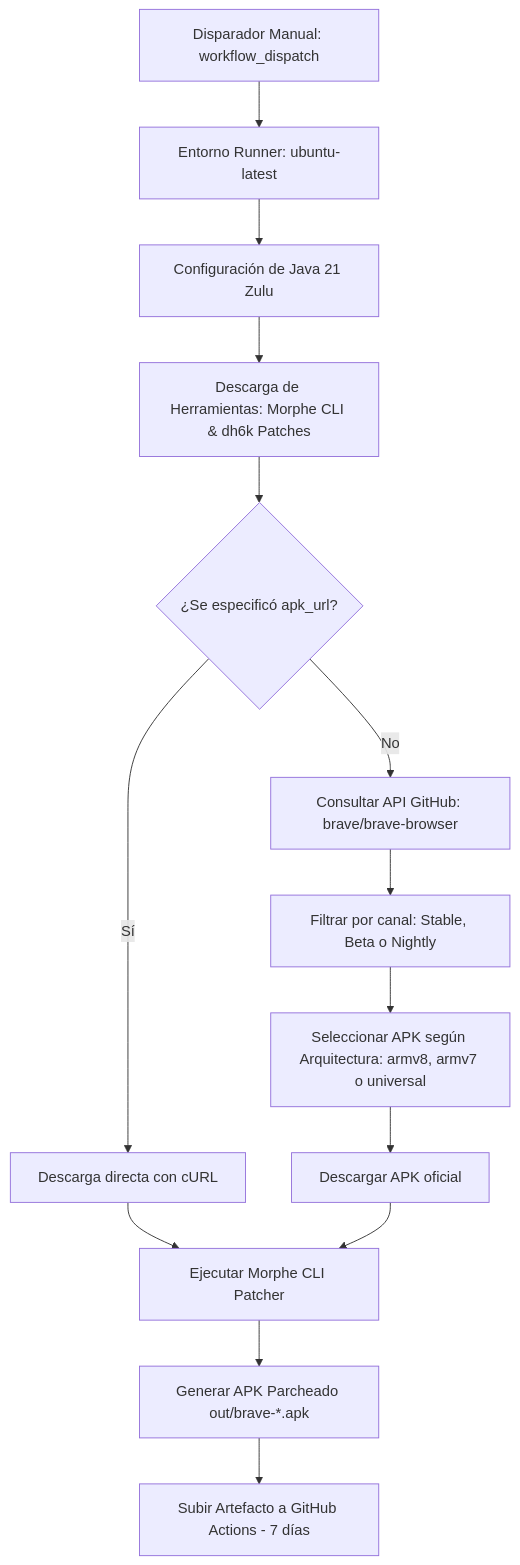
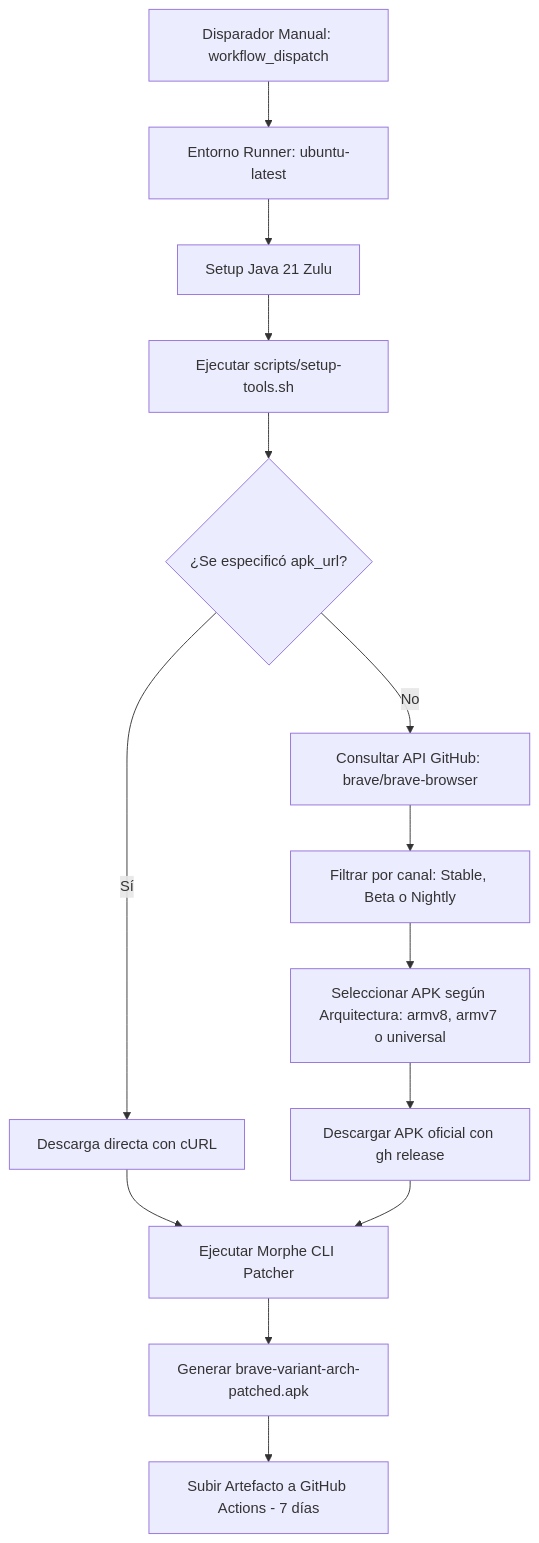
One commit to f-mael/android-morphe-patcher changed the diagram in README.md. Above: the diagram before and after it, drawn with Mermaid. The commit also changed other lines of this file and 2 other files, not shown here.

Commit message:
refactor: modularize tool setup into scripts/setup-tools.sh for multi-app support

````diff
--- a/README.md
+++ b/README.md
@@ -27,16 +42,16 @@
 ```mermaid
 flowchart TD
     A[Disparador Manual: workflow_dispatch] --> B[Entorno Runner: ubuntu-latest]
-    B --> C[Configuración de Java 21 Zulu]
-    C --> D[Descarga de Herramientas: Morphe CLI & dh6k Patches]
+    B --> C[Setup Java 21 Zulu]
+    C --> D[Ejecutar scripts/setup-tools.sh]
     D --> E{¿Se especificó apk_url?}
     E -- Sí --> F[Descarga directa con cURL]
     E -- No --> G[Consultar API GitHub: brave/brave-browser]
     G --> H[Filtrar por canal: Stable, Beta o Nightly]
     H --> I[Seleccionar APK según Arquitectura: armv8, armv7 o universal]
-    I --> J[Descargar APK oficial]
+    I --> J[Descargar APK oficial con gh release]
     F --> K[Ejecutar Morphe CLI Patcher]
     J --> K
-    K --> L[Generar APK Parcheado out/brave-*.apk]
+    K --> L[Generar brave-variant-arch-patched.apk]
     L --> M[Subir Artefacto a GitHub Actions - 7 días]
 ```
````
